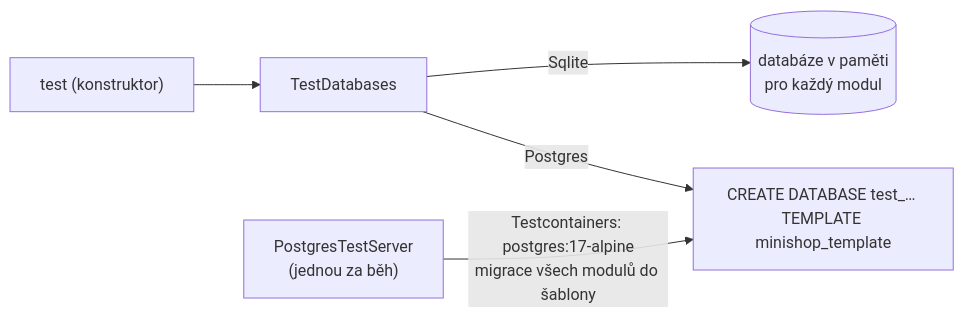
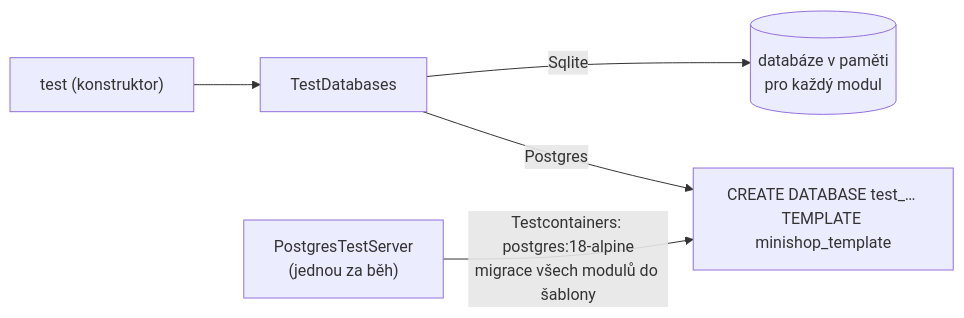
Before and after one commit to ftichy/MiniShop: the third of 3 diagrams in docs/prirucka/architektura/databaze.md, drawn with Mermaid. The commit also changed other lines of this file and 35 other files, not shown here.

````diff
--- a/docs/prirucka/architektura/databaze.md
+++ b/docs/prirucka/architektura/databaze.md
@@ -114,7 +150,7 @@
 ```mermaid
 flowchart LR
     t["test (konstruktor)"] --> td["TestDatabases"]
     td -->|Sqlite| m[("databáze v paměti<br/>pro každý modul")]
     td -->|Postgres| c["CREATE DATABASE test_… TEMPLATE minishop_template"]
-    s["PostgresTestServer<br/>(jednou za běh)"] -->|"Testcontainers: postgres:17-alpine<br/>migrace všech modulů do šablony"| c
+    s["PostgresTestServer<br/>(jednou za běh)"] -->|"Testcontainers: postgres:18-alpine<br/>migrace všech modulů do šablony"| c
 ```
````
